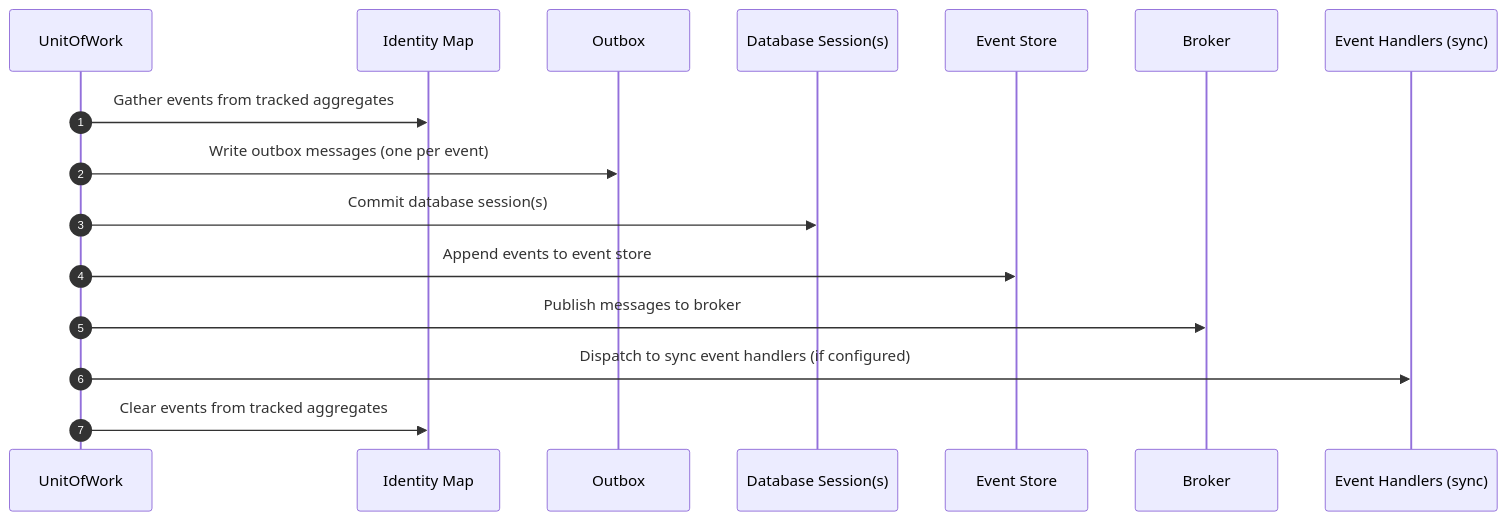
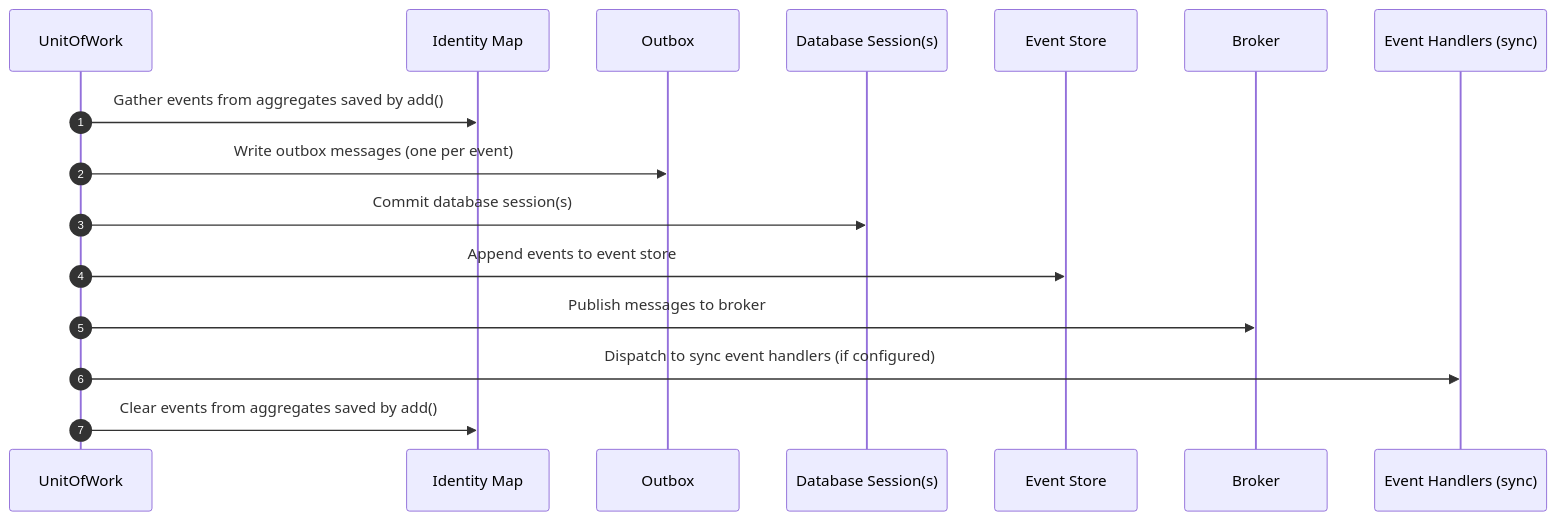
One commit to proteanhq/protean changed the first of 3 diagrams in docs/guides/change-state/unit-of-work.md. Above: the diagram before and after it, drawn with Mermaid. The commit also changed other lines of this file and 17 other files, not shown here.

````diff
--- a/docs/guides/change-state/unit-of-work.md
+++ b/docs/guides/change-state/unit-of-work.md
@@ -159,19 +159,19 @@
 ```mermaid
 sequenceDiagram
     autonumber
     participant UoW as UnitOfWork
     participant IM as Identity Map
     participant OB as Outbox
     participant DB as Database Session(s)
     participant ES as Event Store
     participant BR as Broker
     participant EH as Event Handlers (sync)
 
-    UoW->>IM: Gather events from tracked aggregates
+    UoW->>IM: Gather events from aggregates saved by add()
     UoW->>OB: Write outbox messages (one per event)
     UoW->>DB: Commit database session(s)
     UoW->>ES: Append events to event store
     UoW->>BR: Publish messages to broker
     UoW->>EH: Dispatch to sync event handlers (if configured)
-    UoW->>IM: Clear events from tracked aggregates
+    UoW->>IM: Clear events from aggregates saved by add()
 ```
````
